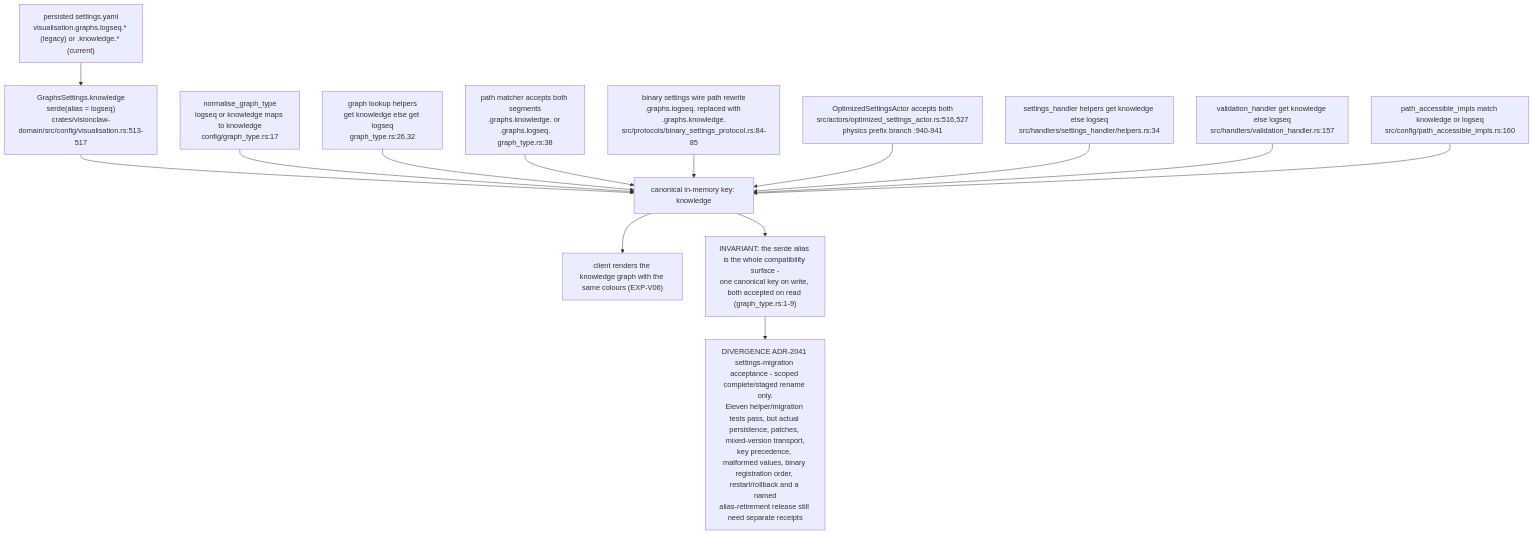
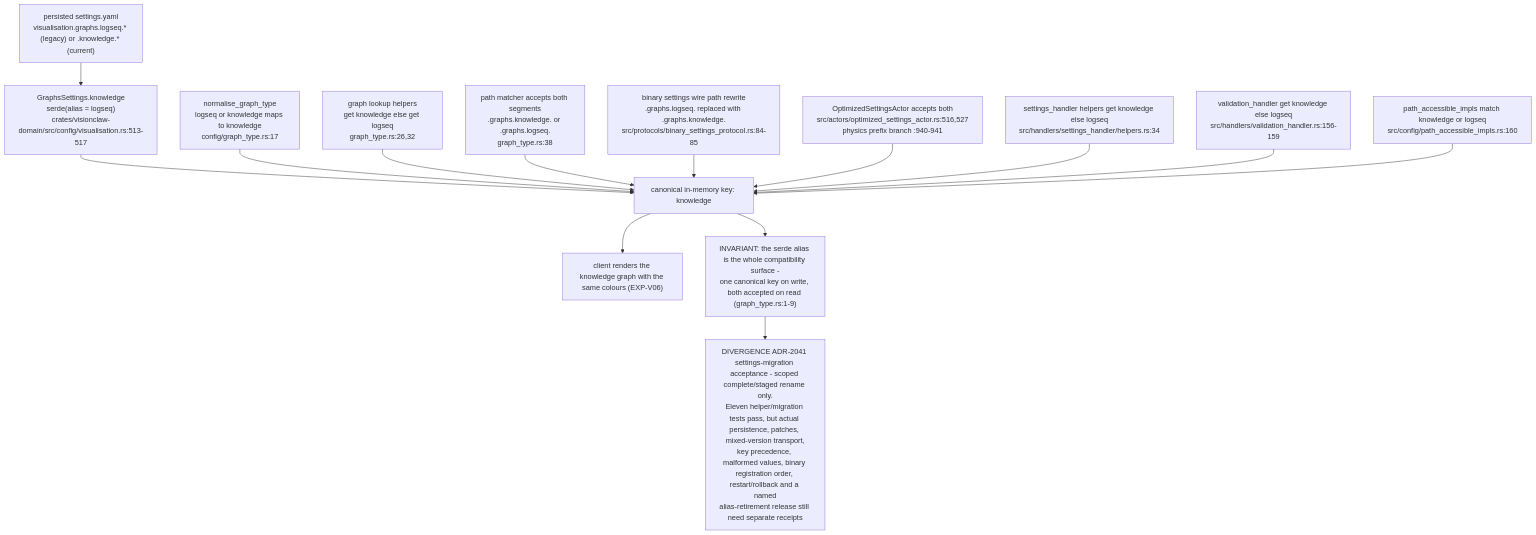
Before and after one commit to DreamLab-AI/AR-AI-Knowledge-Graph: diagram 11 of 12 in docs/diagrams/visionclaw/21-corpus-ingest-and-vault.md, drawn with Mermaid. The commit also changed other lines of this file and 73 other files, not shown here.

First line of the commit message:
docs(diagrams): re-verify all 71 topic files against HEAD; add --cite-check

````diff
--- a/docs/diagrams/visionclaw/21-corpus-ingest-and-vault.md
+++ b/docs/diagrams/visionclaw/21-corpus-ingest-and-vault.md
@@ -465,19 +465,19 @@
 ```mermaid
 flowchart TD
     Persisted["persisted settings.yaml<br/>visualisation.graphs.logseq.* (legacy) or .knowledge.* (current)"]
     Persisted --> Serde["GraphsSettings.knowledge<br/>serde(alias = logseq)<br/>crates/visionclaw-domain/src/config/visualisation.rs:513-517"]
     Serde --> Canon["canonical in-memory key: knowledge"]
     Norm["normalise_graph_type<br/>logseq or knowledge maps to knowledge<br/>config/graph_type.rs:17"] --> Canon
     Lookup["graph lookup helpers<br/>get knowledge else get logseq<br/>graph_type.rs:26,32"] --> Canon
     PathMatch["path matcher accepts both segments<br/>.graphs.knowledge. or .graphs.logseq.<br/>graph_type.rs:38"] --> Canon
     Wire["binary settings wire path rewrite<br/>.graphs.logseq. replaced with .graphs.knowledge.<br/>src/protocols/binary_settings_protocol.rs:84-85"] --> Canon
     Actor["OptimizedSettingsActor accepts both<br/>src/actors/optimized_settings_actor.rs:516,527<br/>physics prefix branch :940-941"] --> Canon
     Helpers["settings_handler helpers get knowledge else logseq<br/>src/handlers/settings_handler/helpers.rs:34"] --> Canon
-    Valid["validation_handler get knowledge else logseq<br/>src/handlers/validation_handler.rs:157"] --> Canon
+    Valid["validation_handler get knowledge else logseq<br/>src/handlers/validation_handler.rs:156-159"] --> Canon
     Access["path_accessible_impls match knowledge or logseq<br/>src/config/path_accessible_impls.rs:160"] --> Canon
     Canon --> Client["client renders the knowledge graph with the same colours (EXP-V06)"]
     Inv["INVARIANT: the serde alias is the whole compatibility surface -<br/>one canonical key on write, both accepted on read (graph_type.rs:1-9)"]
     Canon --> Inv
     Div["DIVERGENCE ADR-2041 settings-migration acceptance - scoped complete/staged rename only.<br/>Eleven helper/migration tests pass, but actual persistence, patches, mixed-version transport,<br/>key precedence, malformed values, binary registration order, restart/rollback and a named<br/>alias-retirement release still need separate receipts"]
     Inv --> Div
 ```
````
